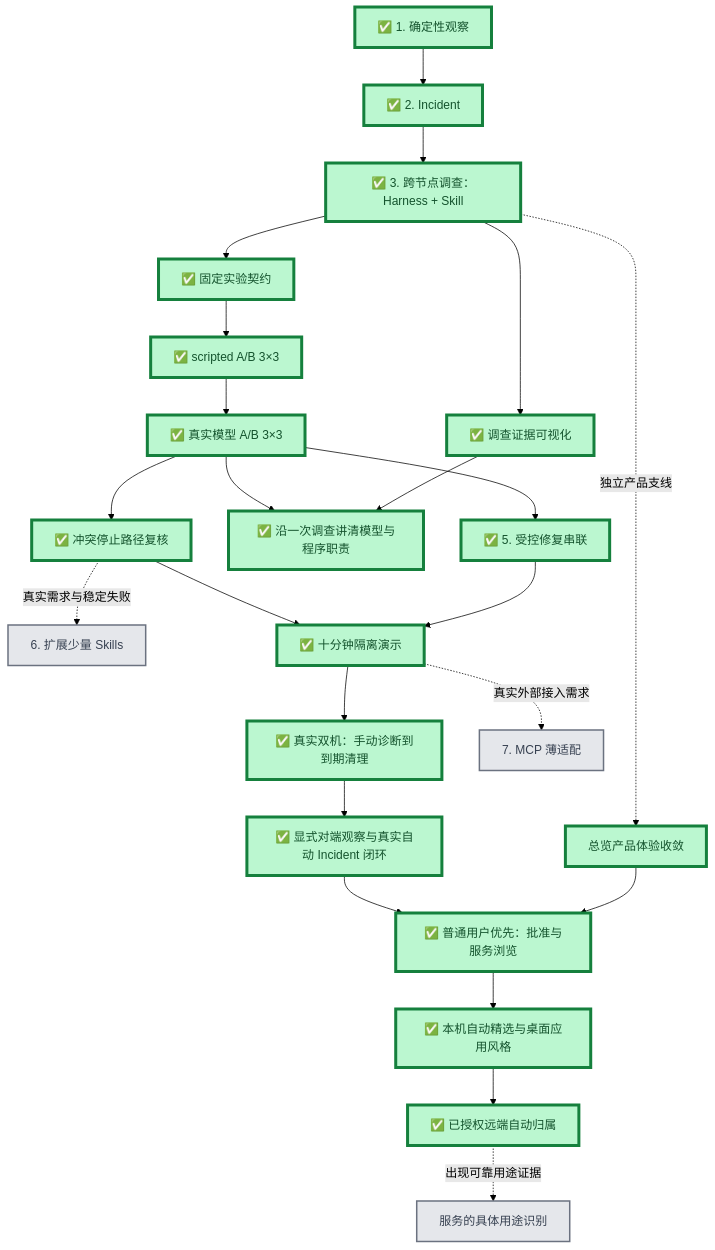
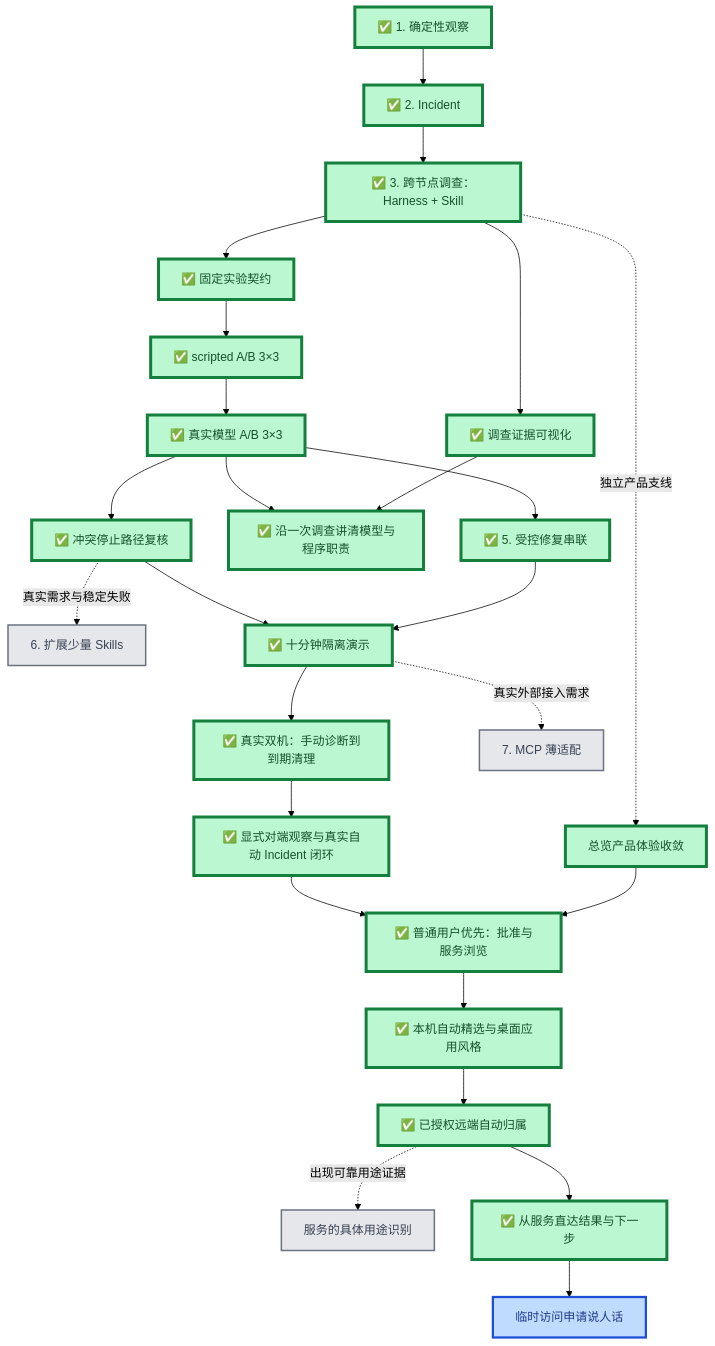
The first of 2 diagrams in docs/project/roadmap.md (Sugarfarmeriod/TunnelMinion), drawn with Mermaid (forest theme) before and after one commit. The commit also changed other lines of this file and 9 other files, not shown here.

````diff
--- a/docs/project/roadmap.md
+++ b/docs/project/roadmap.md
@@ -8,42 +8,46 @@
 ```mermaid
 flowchart TB
     A["✅ 1. 确定性观察"] --> B["✅ 2. Incident"]
     B --> C["✅ 3. 跨节点调查：Harness + Skill"]
 
     C --> D1["✅ 固定实验契约"]
     D1 --> D2["✅ scripted A/B 3×3"]
     D2 --> D3["✅ 真实模型 A/B 3×3"]
 
     D3 --> E["✅ 5. 受控修复串联"]
     C --> V["✅ 调查证据可视化"]
     V --> W["✅ 沿一次调查讲清模型与程序职责"]
     D3 --> W
     D3 --> F["✅ 冲突停止路径复核"]
     F -.真实需求与稳定失败.-> K["6. 扩展少量 Skills"]
     E --> H["✅ 十分钟隔离演示"]
     F --> H
     H --> R["✅ 真实双机：手动诊断到到期清理"]
     R --> I["✅ 显式对端观察与真实自动 Incident 闭环"]
     H -.真实外部接入需求.-> G["7. MCP 薄适配"]
 
     C -.独立产品支线.-> U["总览产品体验收敛"]
     U --> P["✅ 普通用户优先：批准与服务浏览"]
     I --> P
     P --> Q["✅ 本机自动精选与桌面应用风格"]
     Q --> Q2["✅ 已授权远端自动归属"]
     Q2 -.出现可靠用途证据.-> Q3["服务的具体用途识别"]
+    Q2 --> Q4["✅ 从服务直达结果与下一步"]
+    Q4 --> Q5["临时访问申请说人话"]
 
     classDef done fill:#bbf7d0,stroke:#15803d,stroke-width:4px,color:#14532d;
     classDef current fill:#fde68a,stroke:#b45309,stroke-width:5px,color:#78350f;
     classDef next fill:#bfdbfe,stroke:#1d4ed8,stroke-width:3px,color:#1e3a8a;
     classDef later fill:#e5e7eb,stroke:#6b7280,stroke-width:2px,color:#374151;
     class A,B,C,D1,D2,D3,E,F,H,R,V done;
     class U done;
     class W done;
     class I done;
     class G,K later;
     class P done;
     class Q done;
     class Q2 done;
     class Q3 later;
+    class Q4 done;
+    class Q5 next;
 ```
````
